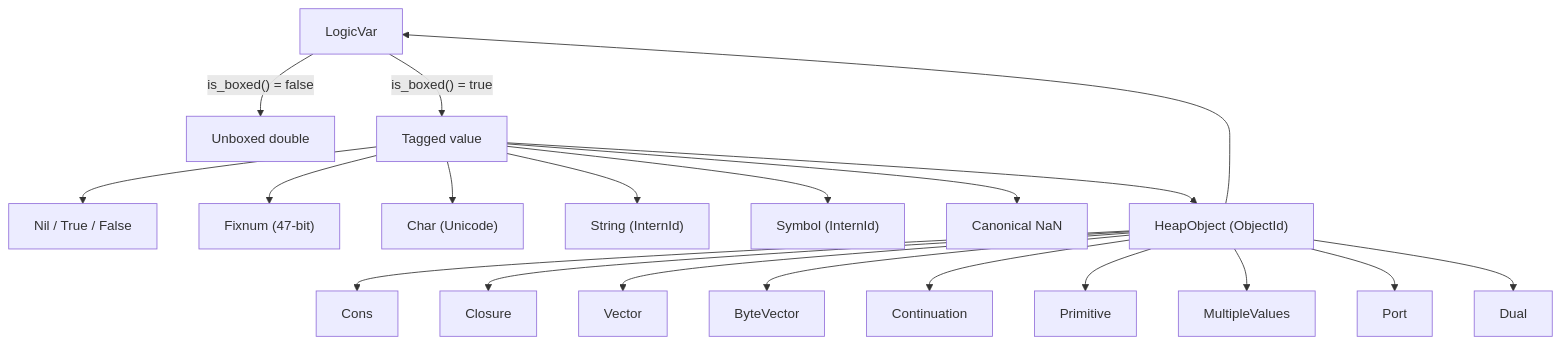
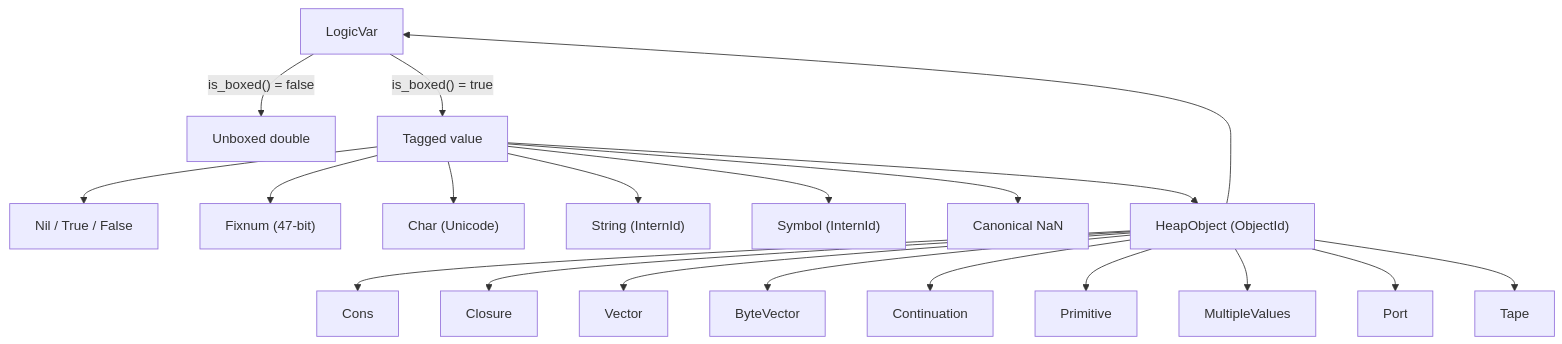
Before and after one commit to lewismj/eta: the first of 4 diagrams in docs/runtime.md, drawn with Mermaid. The commit also changed other lines of this file and 32 other files, not shown here.

````diff
--- a/docs/runtime.md
+++ b/docs/runtime.md
@@ -28,23 +28,23 @@
 ```mermaid
 graph TD
     LV["LispVal (64-bit)"]
     LV --> |"is_boxed() = false"| DBL["Unboxed double"]
     LV --> |"is_boxed() = true"| BOX["Tagged value"]
     BOX --> NIL["Nil / True / False"]
     BOX --> FIX["Fixnum (47-bit)"]
     BOX --> CHR["Char (Unicode)"]
     BOX --> STR["String (InternId)"]
     BOX --> SYM["Symbol (InternId)"]
     BOX --> NAN["Canonical NaN"]
     BOX --> HO["HeapObject (ObjectId)"]
     HO --> CONS["Cons"]
     HO --> CLOS["Closure"]
     HO --> VEC["Vector"]
     HO --> BV["ByteVector"]
     HO --> CONT["Continuation"]
     HO --> PRIM["Primitive"]
     HO --> MV["MultipleValues"]
     HO --> PORT["Port"]
     HO --> LV["LogicVar"]
-    HO --> DUAL["Dual"]
+    HO --> TAPE["Tape"]
 ```
````
